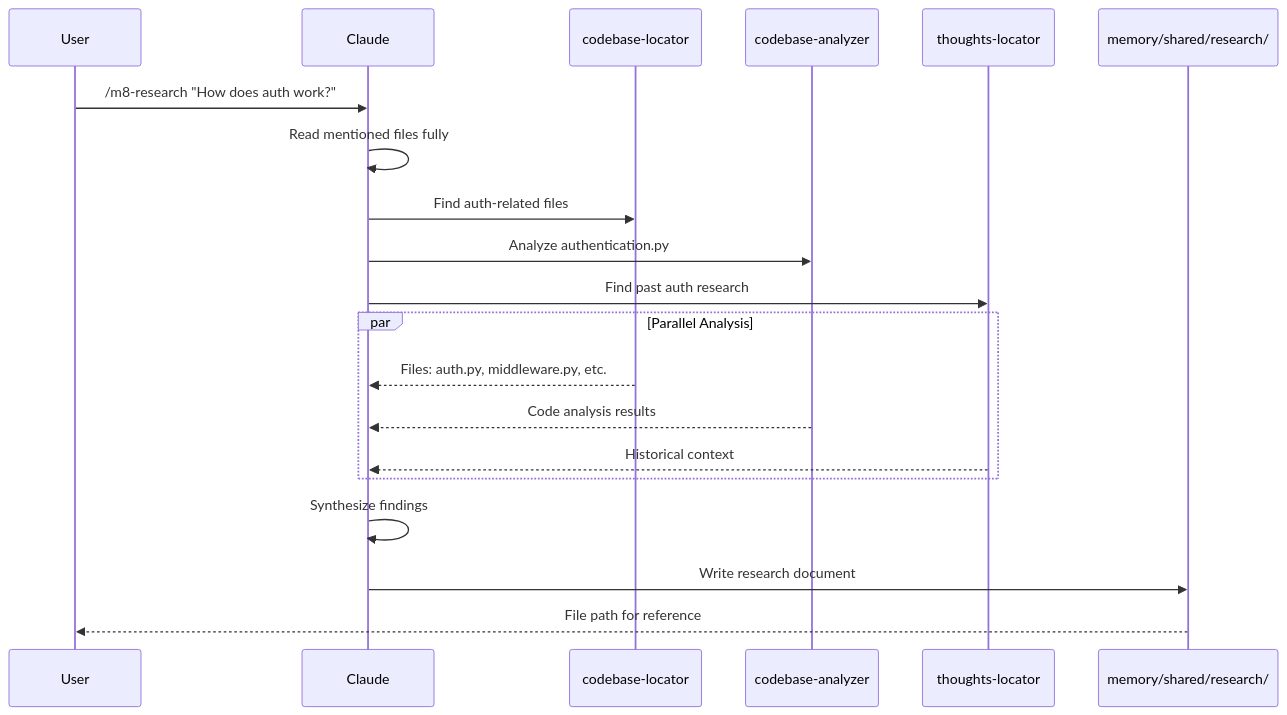
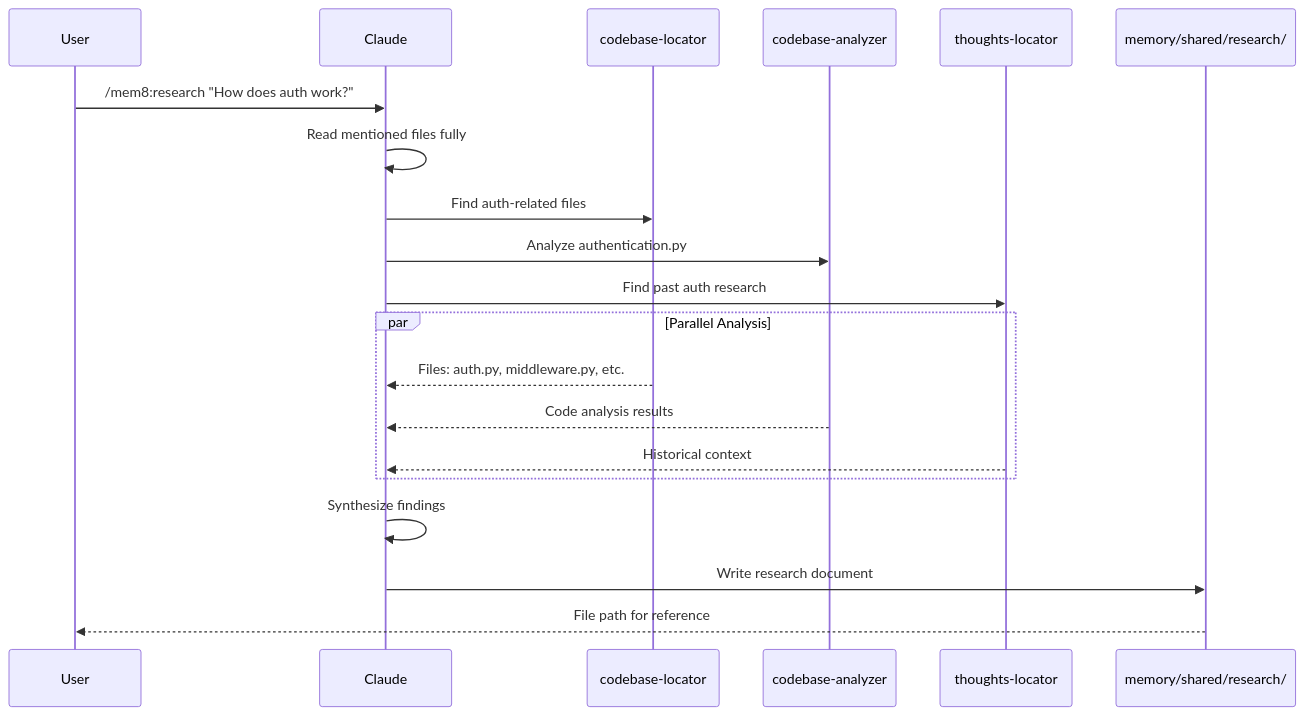
Before and after one commit to killerapp/mem8: the diagram in documentation/docs/workflows/research.md, drawn with Mermaid. The commit also changed other lines of this file and 12 other files, not shown here.

````diff
--- a/documentation/docs/workflows/research.md
+++ b/documentation/docs/workflows/research.md
@@ -10,23 +10,23 @@
 ```mermaid
 sequenceDiagram
     participant User
     participant Claude
     participant CL as codebase-locator
     participant CA as codebase-analyzer
     participant TL as thoughts-locator
     participant Doc as memory/shared/research/
 
-    User->>Claude: /m8-research "How does auth work?"
+    User->>Claude: /mem8:research "How does auth work?"
     Claude->>Claude: Read mentioned files fully
     Claude->>CL: Find auth-related files
     Claude->>CA: Analyze authentication.py
     Claude->>TL: Find past auth research
     par Parallel Analysis
         CL-->>Claude: Files: auth.py, middleware.py, etc.
         CA-->>Claude: Code analysis results
         TL-->>Claude: Historical context
     end
     Claude->>Claude: Synthesize findings
     Claude->>Doc: Write research document
     Doc-->>User: File path for reference
 ```
````
